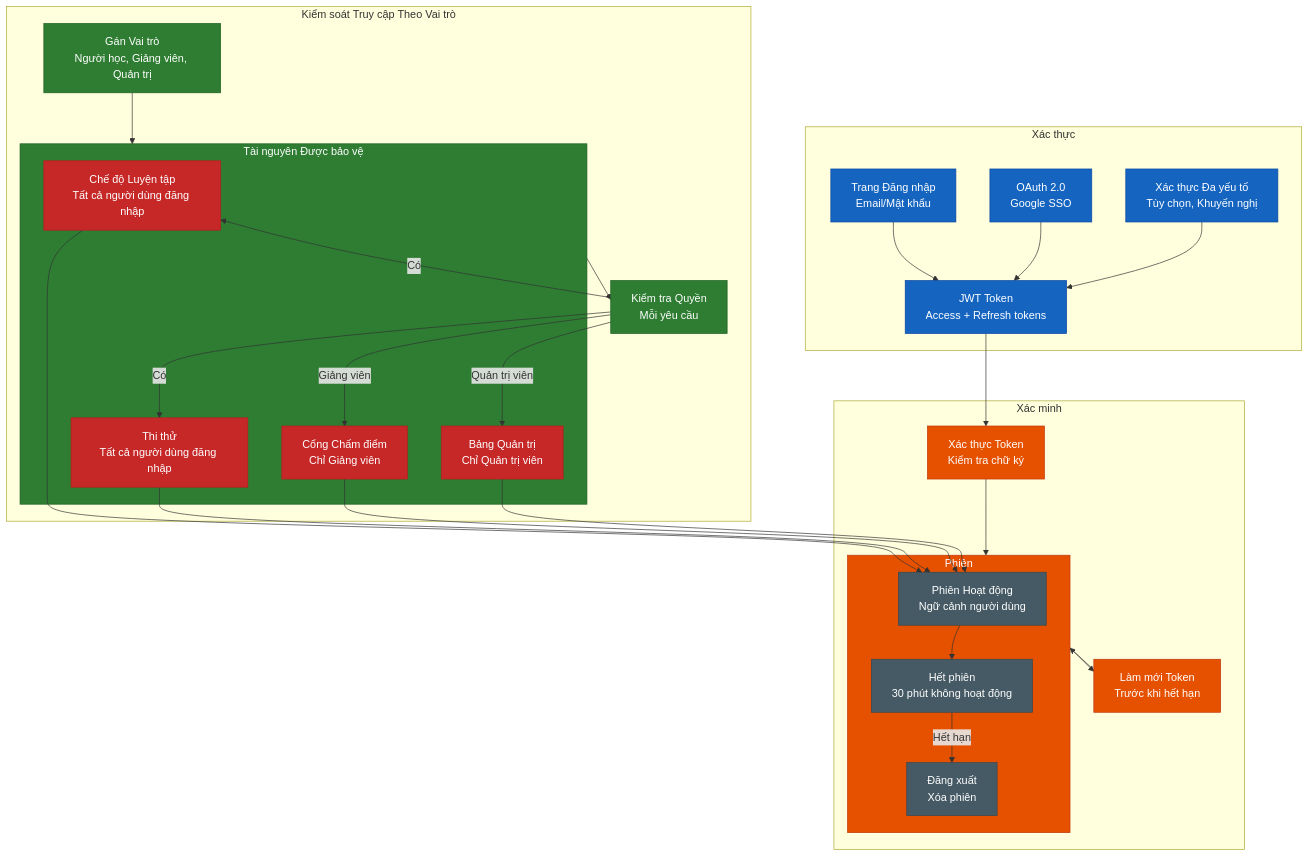
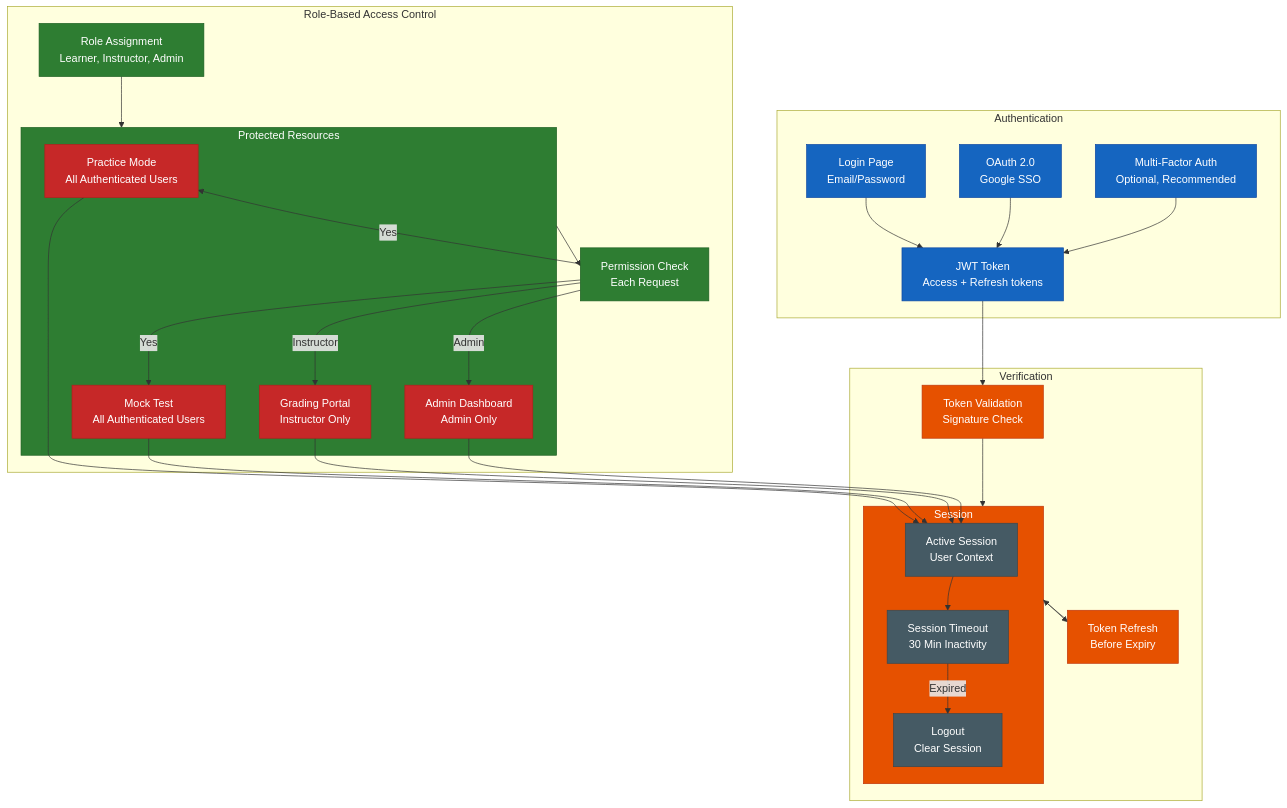
Before and after one commit to nghyane/VSTEP: the eighth of 8 diagrams in docs/capstone/diagrams/flow-diagrams.vi.md, drawn with Mermaid. The commit also changed other lines of this file, not shown here.

````diff
--- a/docs/capstone/diagrams/flow-diagrams.vi.md
+++ b/docs/capstone/diagrams/flow-diagrams.vi.md
@@ -477,67 +477,67 @@
 ```mermaid
 flowchart TB
-    subgraph Auth ["Xác thực"]
-        Login["Trang Đăng nhập<br/>Email/Mật khẩu"]
+    subgraph Auth ["Authentication"]
+        Login["Login Page<br/>Email/Password"]
         OAuth["OAuth 2.0<br/>Google SSO"]
-        MFA["Xác thực Đa yếu tố<br/>Tùy chọn, Khuyến nghị"]
+        MFA["Multi-Factor Auth<br/>Optional, Recommended"]
         Token["JWT Token<br/>Access + Refresh tokens"]
     end
 
-    subgraph Verify ["Xác minh"]
-        Validate["Xác thực Token<br/>Kiểm tra chữ ký"]
-        Session["Quản lý Phiên<br/>Bộ nhớ đệm Redis"]
-        Refresh["Làm mới Token<br/>Trước khi hết hạn"]
+    subgraph Verify ["Verification"]
+        Validate["Token Validation<br/>Signature Check"]
+        Session["Session Management<br/>Redis Cache"]
+        Refresh["Token Refresh<br/>Before Expiry"]
     end
 
-    subgraph RBAC ["Kiểm soát Truy cập Theo Vai trò"]
-        Roles["Gán Vai trò<br/>Người học, Giảng viên, Quản trị"]
-        Permissions["Ma trận Quyền<br/>Dựa trên vai trò"]
-        Check["Kiểm tra Quyền<br/>Mỗi yêu cầu"]
+    subgraph RBAC ["Role-Based Access Control"]
+        Roles["Role Assignment<br/>Learner, Instructor, Admin"]
+        Permissions["Permission Matrix<br/>Based on Role"]
+        Check["Permission Check<br/>Each Request"]
     end
 
-    subgraph Permissions ["Tài nguyên Được bảo vệ"]
-        PracticeRes["Chế độ Luyện tập<br/>Tất cả người dùng đăng nhập"]
-        MockRes["Thi thử<br/>Tất cả người dùng đăng nhập"]
-        GradingRes["Cổng Chấm điểm<br/>Chỉ Giảng viên"]
-        AdminRes["Bảng Quản trị<br/>Chỉ Quản trị viên"]
+    subgraph Permissions ["Protected Resources"]
+        PracticeRes["Practice Mode<br/>All Authenticated Users"]
+        MockRes["Mock Test<br/>All Authenticated Users"]
+        GradingRes["Grading Portal<br/>Instructor Only"]
+        AdminRes["Admin Dashboard<br/>Admin Only"]
     end
 
-    subgraph Session ["Phiên"]
-        Active["Phiên Hoạt động<br/>Ngữ cảnh người dùng"]
-        Timeout["Hết phiên<br/>30 phút không hoạt động"]
-        Logout["Đăng xuất<br/>Xóa phiên"]
+    subgraph Session ["Session"]
+        Active["Active Session<br/>User Context"]
+        Timeout["Session Timeout<br/>30 Min Inactivity"]
+        Logout["Logout<br/>Clear Session"]
     end
 
     Login --> Token
     OAuth --> Token
     MFA --> Token
     Token --> Validate
     Validate --> Session
     Session --> Refresh
     Refresh --> Session
     Roles --> Permissions
     Permissions --> Check
-    Check -->|Có| PracticeRes
-    Check -->|Có| MockRes
-    Check -->|Giảng viên| GradingRes
-    Check -->|Quản trị viên| AdminRes
+    Check -->|Yes| PracticeRes
+    Check -->|Yes| MockRes
+    Check -->|Instructor| GradingRes
+    Check -->|Admin| AdminRes
     PracticeRes --> Active
     MockRes --> Active
     GradingRes --> Active
     AdminRes --> Active
     Active --> Timeout
-    Timeout -->|Hết hạn| Logout
+    Timeout -->|Expired| Logout
 
     classDef auth fill:#1565c0,stroke:#0d47a1,color:#fff
     classDef verify fill:#e65100,stroke:#bf360c,color:#fff
     classDef rbac fill:#2e7d32,stroke:#1b5e20,color:#fff
     classDef permissions fill:#c62828,stroke:#b71c1c,color:#fff
     classDef resources fill:#6a1b9a,stroke:#4a148c,color:#fff
     classDef session fill:#455a64,stroke:#37474f,color:#fff
 
     class Login,OAuth,MFA,Token auth
     class Validate,Session,Refresh verify
     class Roles,Permissions,Check rbac
     class PracticeRes,MockRes,GradingRes,AdminRes permissions
     class Active,Timeout,Logout session
 ```
````
